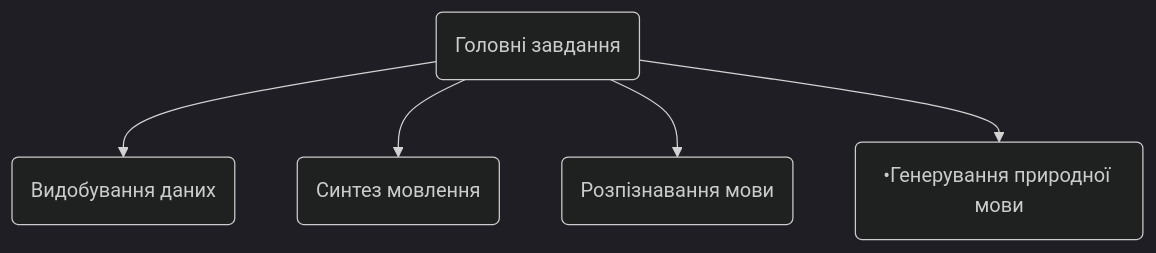
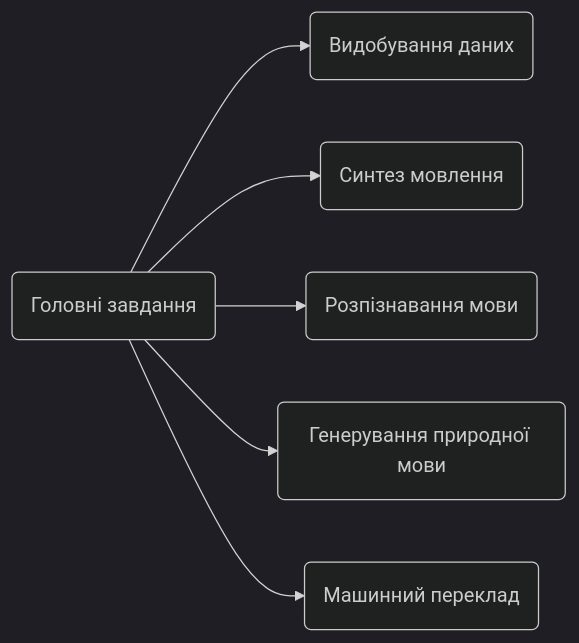
Before and after one commit to AleksFromUa/DBB-Project: the diagram in ODB.md, drawn with Mermaid (dark theme). The commit also changed other lines of this file, not shown here.

Commit message:
ODB.md updated from https://stackedit.io/

````diff
--- a/ODB.md
+++ b/ODB.md
@@ -99,7 +99,8 @@
 ```mermaid
-graph TD
+graph LR
 A(Головні завдання) --> B(Видобування даних)
 A --> C(Синтез мовлення)
 A --> D(Розпізнавання мови)
-A --> E(•Генерування природної мови)
+A --> E(Генерування природної мови)
+A --> F(Машинний переклад)
 ```
````
